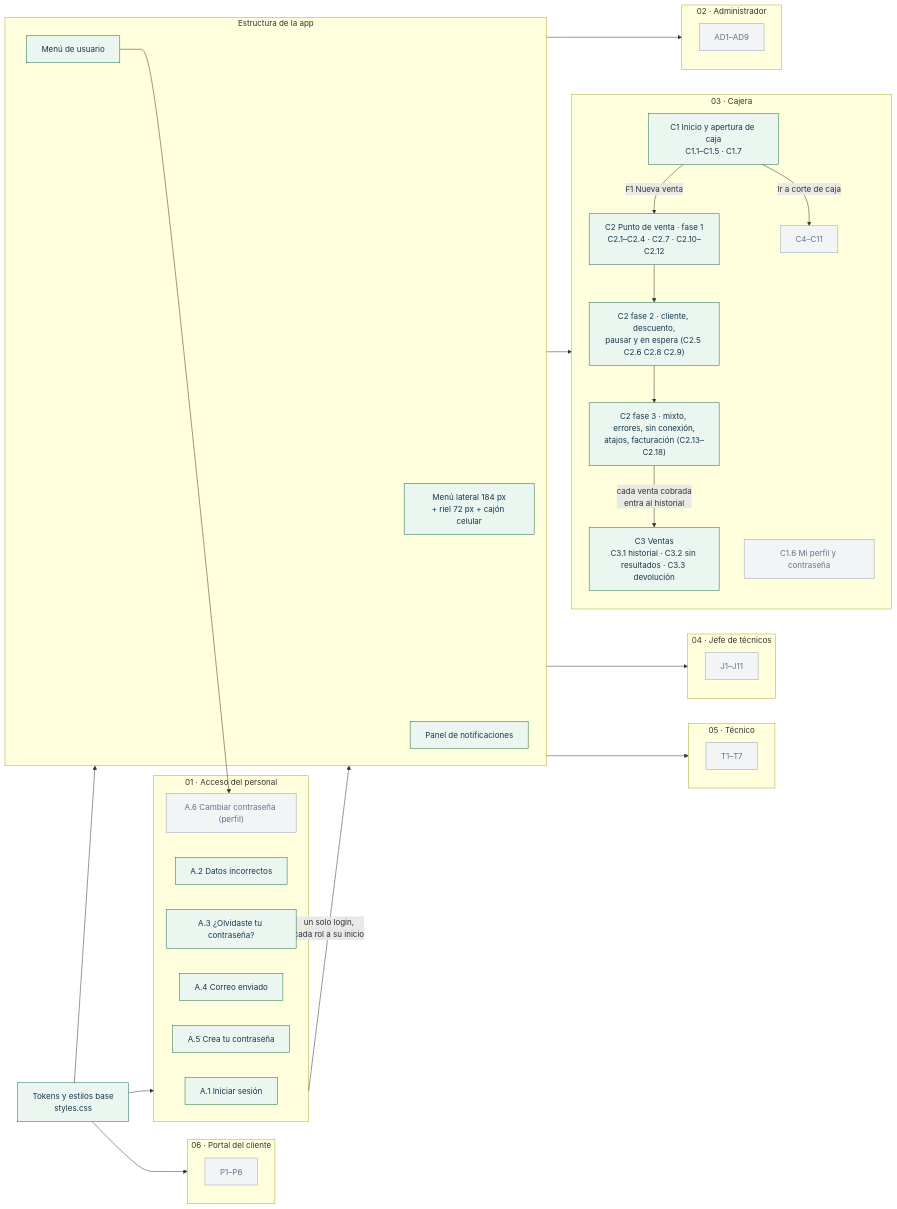
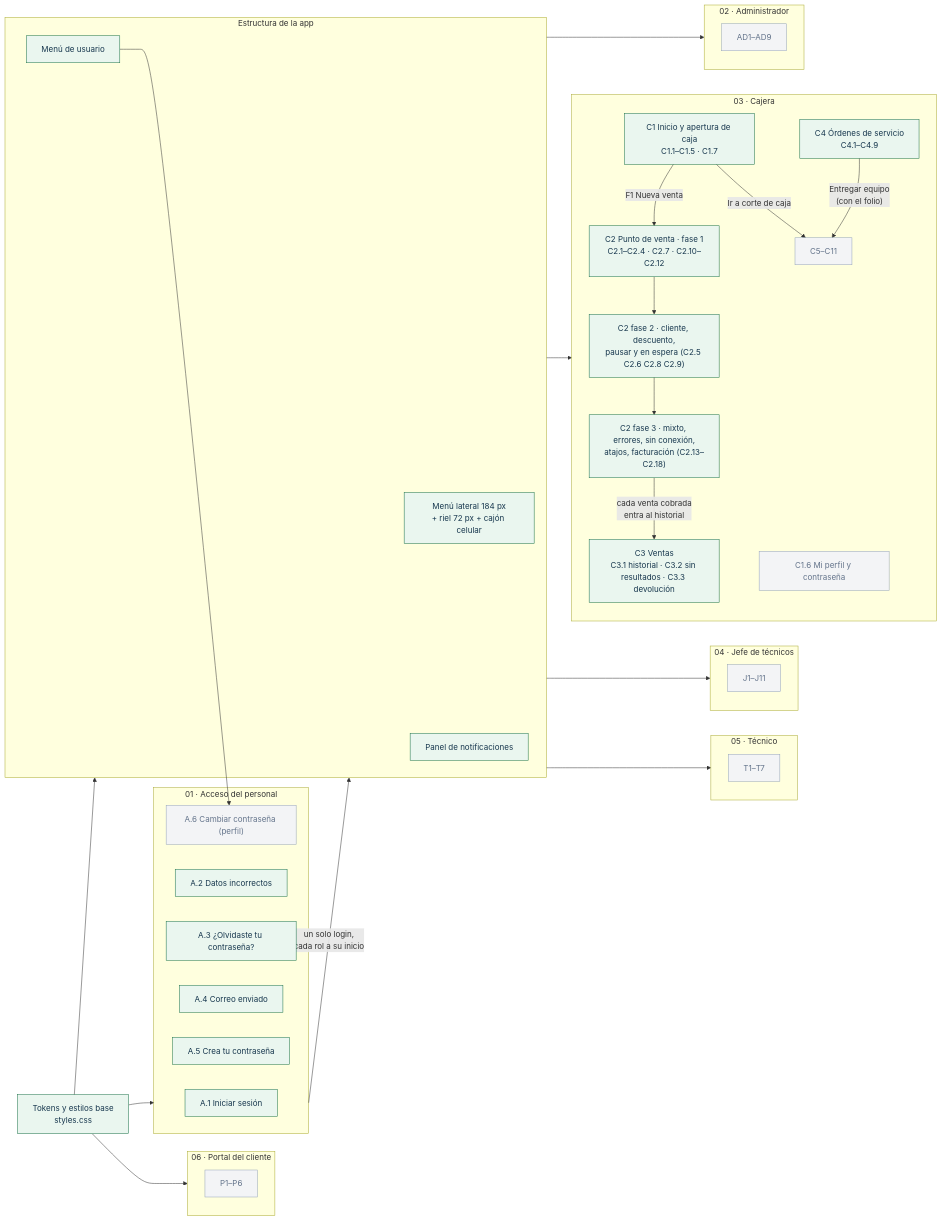
The first of 3 diagrams in frontend/BITACORA.md (dianaaochoa/SHURI-Sistema-Gestion), drawn with Mermaid before and after one commit. The commit also changed other lines of this file, not shown here.

Commit message:
docs(frontend): bitácora y grafos con Órdenes de servicio (C4)

````diff
--- a/frontend/BITACORA.md
+++ b/frontend/BITACORA.md
@@ -15,56 +15,58 @@
 ```mermaid
 flowchart LR
   classDef hecho fill:#eaf6ef,stroke:#187047,color:#17374e
   classDef curso fill:#fff4dc,stroke:#925d0b,color:#17374e
   classDef pendiente fill:#f3f4f6,stroke:#94a3b8,color:#64748b
 
   BASE["Tokens y estilos base<br/>styles.css"]:::hecho
 
   subgraph ACC["01 · Acceso del personal"]
     A1["A.1 Iniciar sesión"]:::hecho
     A2["A.2 Datos incorrectos"]:::hecho
     A3["A.3 ¿Olvidaste tu contraseña?"]:::hecho
     A4["A.4 Correo enviado"]:::hecho
     A5["A.5 Crea tu contraseña"]:::hecho
     A6["A.6 Cambiar contraseña (perfil)"]:::pendiente
   end
 
   subgraph SHELL["Estructura de la app"]
     MENU["Menú lateral 184 px<br/>+ riel 72 px + cajón celular"]:::hecho
     USR["Menú de usuario"]:::hecho
     NOT["Panel de notificaciones"]:::hecho
   end
 
   subgraph ADM["02 · Administrador"]
     AD["AD1–AD9"]:::pendiente
   end
   subgraph CAJ["03 · Cajera"]
     C1["C1 Inicio y apertura de caja<br/>C1.1–C1.5 · C1.7"]:::hecho
     C16["C1.6 Mi perfil y contraseña"]:::pendiente
     C2A["C2 Punto de venta · fase 1<br/>C2.1–C2.4 · C2.7 · C2.10–C2.12"]:::hecho
     C2B["C2 fase 2 · cliente, descuento,<br/>pausar y en espera (C2.5 C2.6 C2.8 C2.9)"]:::hecho
     C2C["C2 fase 3 · mixto, errores, sin conexión,<br/>atajos, facturación (C2.13–C2.18)"]:::hecho
     C3["C3 Ventas<br/>C3.1 historial · C3.2 sin resultados · C3.3 devolución"]:::hecho
-    C["C4–C11"]:::pendiente
+    C4["C4 Órdenes de servicio<br/>C4.1–C4.9"]:::hecho
+    C["C5–C11"]:::pendiente
   end
   subgraph JEF["04 · Jefe de técnicos"]
     J["J1–J11"]:::pendiente
   end
   subgraph TEC["05 · Técnico"]
     T["T1–T7"]:::pendiente
   end
   subgraph POR["06 · Portal del cliente"]
     P["P1–P6"]:::pendiente
   end
 
   BASE --> ACC
   BASE --> SHELL
   ACC -->|"un solo login,<br/>cada rol a su inicio"| SHELL
   SHELL --> ADM & CAJ & JEF & TEC
   USR --> A6
   C1 -->|"F1 Nueva venta"| C2A
   C2A --> C2B --> C2C
   C2C -->|"cada venta cobrada<br/>entra al historial"| C3
+  C4 -->|"Entregar equipo<br/>(con el folio)"| C
   C1 -->|"Ir a corte de caja"| C
   BASE --> POR
 ```
````
